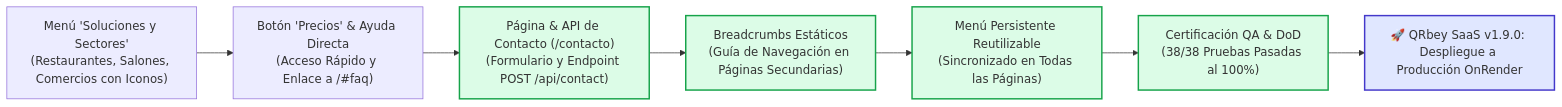
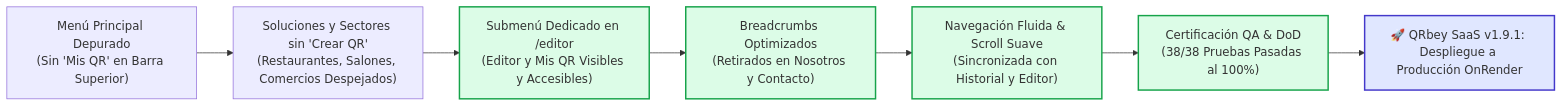
One commit to paolapaz202504/QRgenerator changed the diagram in PROJECT_STATUS_QRGENERATOR.md. Above: the diagram before and after it, drawn with Mermaid. The commit also changed other lines of this file and 17 other files, not shown here.

Commit message:
feat(v1.9.1): submenu editor y mis qr, retiro de mis qr del menu, remocion de crear qr en soluciones y eliminacion de breadcrumbs en nosotros y contacto

````diff
--- a/PROJECT_STATUS_QRGENERATOR.md
+++ b/PROJECT_STATUS_QRGENERATOR.md
@@ -12,15 +12,15 @@
 ```mermaid
 flowchart LR
-    A["Menú 'Soluciones y Sectores'\n(Restaurantes, Salones, Comercios con Iconos)"] --> B["Botón 'Precios' & Ayuda Directa\n(Acceso Rápido y Enlace a /#faq)"]
-    B --> C["Página & API de Contacto (/contacto)\n(Formulario y Endpoint POST /api/contact)"]
-    C --> D["Breadcrumbs Estáticos\n(Guía de Navegación en Páginas Secundarias)"]
-    D --> E["Menú Persistente Reutilizable\n(Sincronizado en Todas las Páginas)"]
+    A["Menú Principal Depurado\n(Sin 'Mis QR' en Barra Superior)"] --> B["Soluciones y Sectores sin 'Crear QR'\n(Restaurantes, Salones, Comercios Despejados)"]
+    B --> C["Submenú Dedicado en /editor\n(Editor y Mis QR Visibles y Accesibles)"]
+    C --> D["Breadcrumbs Optimizados\n(Retirados en Nosotros y Contacto)"]
+    D --> E["Navegación Fluida & Scroll Suave\n(Sincronizada con Historial y Editor)"]
     E --> F["Certificación QA & DoD\n(38/38 Pruebas Pasadas al 100%)"]
-    F --> G["🚀 QRbey SaaS v1.9.0: Despliegue a Producción OnRender"]
+    F --> G["🚀 QRbey SaaS v1.9.1: Despliegue a Producción OnRender"]
     
     style C fill:#dcfce7,stroke:#16a34a,stroke-width:2px
     style D fill:#dcfce7,stroke:#16a34a,stroke-width:2px
     style E fill:#dcfce7,stroke:#16a34a,stroke-width:2px
     style F fill:#dcfce7,stroke:#16a34a,stroke-width:2px
     style G fill:#e0e7ff,stroke:#4338ca,stroke-width:2px
 ```
````
